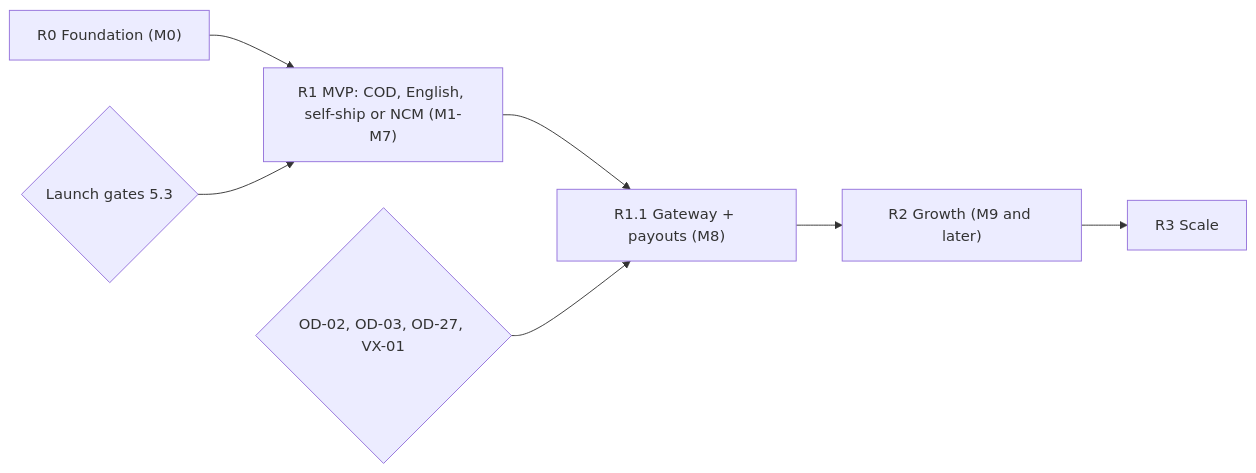
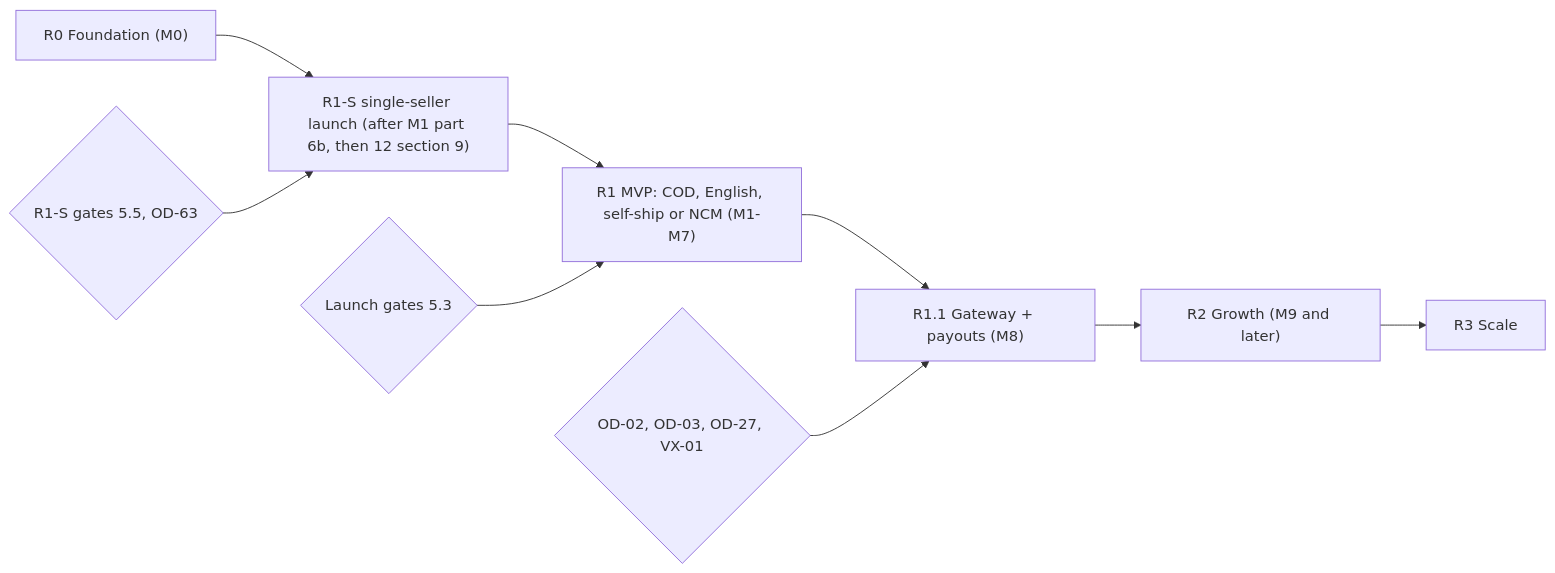
One commit to harublank0-0/drip-nepal changed the third of 3 diagrams in docs/01-product-requirements.md. Above: the diagram before and after it, drawn with Mermaid. The commit also changed other lines of this file and 13 other files, not shown here.

First line of the commit message:
docs: the single-seller launch (R1-S) re-plan (#225)

````diff
--- a/docs/01-product-requirements.md
+++ b/docs/01-product-requirements.md
@@ -292,9 +295,11 @@
 ```mermaid
 flowchart LR
-  R0["R0 Foundation (M0)"] --> R1["R1 MVP: COD, English, self-ship or NCM (M1-M7)"]
+  R0["R0 Foundation (M0)"] --> R1S["R1-S single-seller launch (after M1 part 6b, then 12 section 9)"]
+  R1S --> R1["R1 MVP: COD, English, self-ship or NCM (M1-M7)"]
   R1 --> R11["R1.1 Gateway + payouts (M8)"]
   R11 --> R2["R2 Growth (M9 and later)"]
   R2 --> R3["R3 Scale"]
   G1{"Launch gates 5.3"} --> R1
+  G0{"R1-S gates 5.5, OD-63"} --> R1S
   G2{"OD-02, OD-03, OD-27, VX-01"} --> R11
 ```
````
